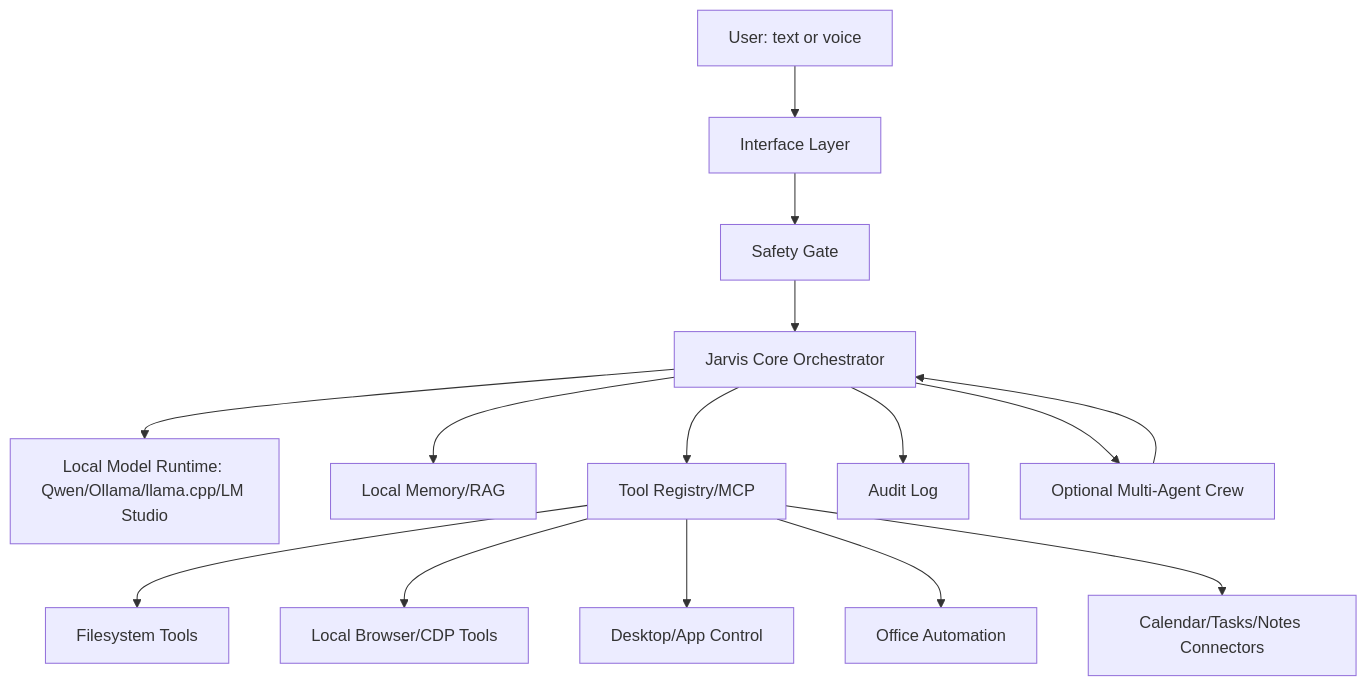
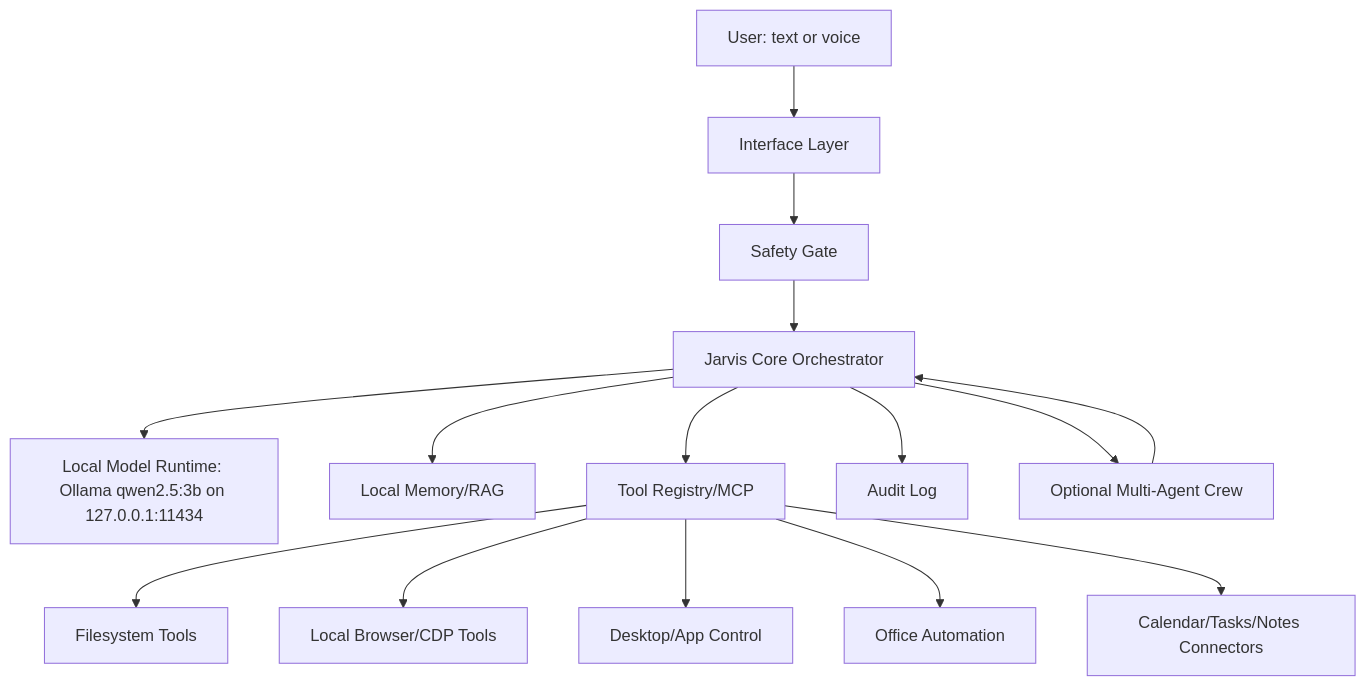
One commit to brathod1432/ai-control-core changed the diagram in local-jarvis-laptop-agent/architecture/ARCHITECTURE.md. Above: the diagram before and after it, drawn with Mermaid. The commit also changed other lines of this file and 602 other files, not shown here.

````diff
--- a/local-jarvis-laptop-agent/architecture/ARCHITECTURE.md
+++ b/local-jarvis-laptop-agent/architecture/ARCHITECTURE.md
@@ -5,17 +9,17 @@
 ```mermaid
 flowchart TD
   U["User: text or voice"] --> I["Interface Layer"]
   I --> S["Safety Gate"]
   S --> O["Jarvis Core Orchestrator"]
-  O --> M["Local Model Runtime: Qwen/Ollama/llama.cpp/LM Studio"]
+  O --> M["Local Model Runtime: Ollama qwen2.5:3b on 127.0.0.1:11434"]
   O --> R["Local Memory/RAG"]
   O --> T["Tool Registry/MCP"]
   T --> F["Filesystem Tools"]
   T --> B["Local Browser/CDP Tools"]
   T --> D["Desktop/App Control"]
   T --> W["Office Automation"]
   T --> C["Calendar/Tasks/Notes Connectors"]
   O --> A["Audit Log"]
   O --> G["Optional Multi-Agent Crew"]
   G --> O
 ```
````
